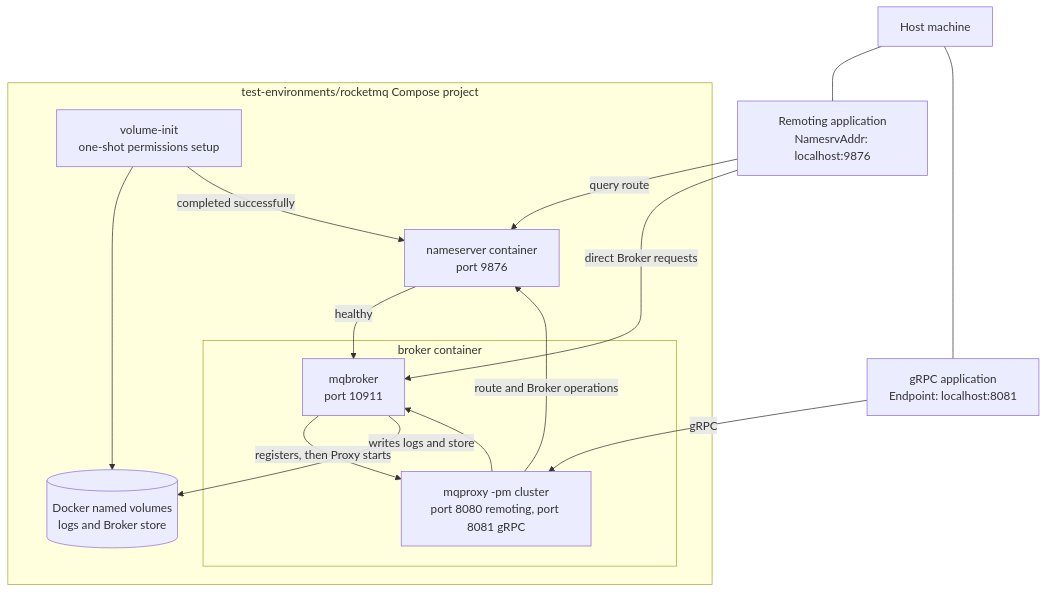
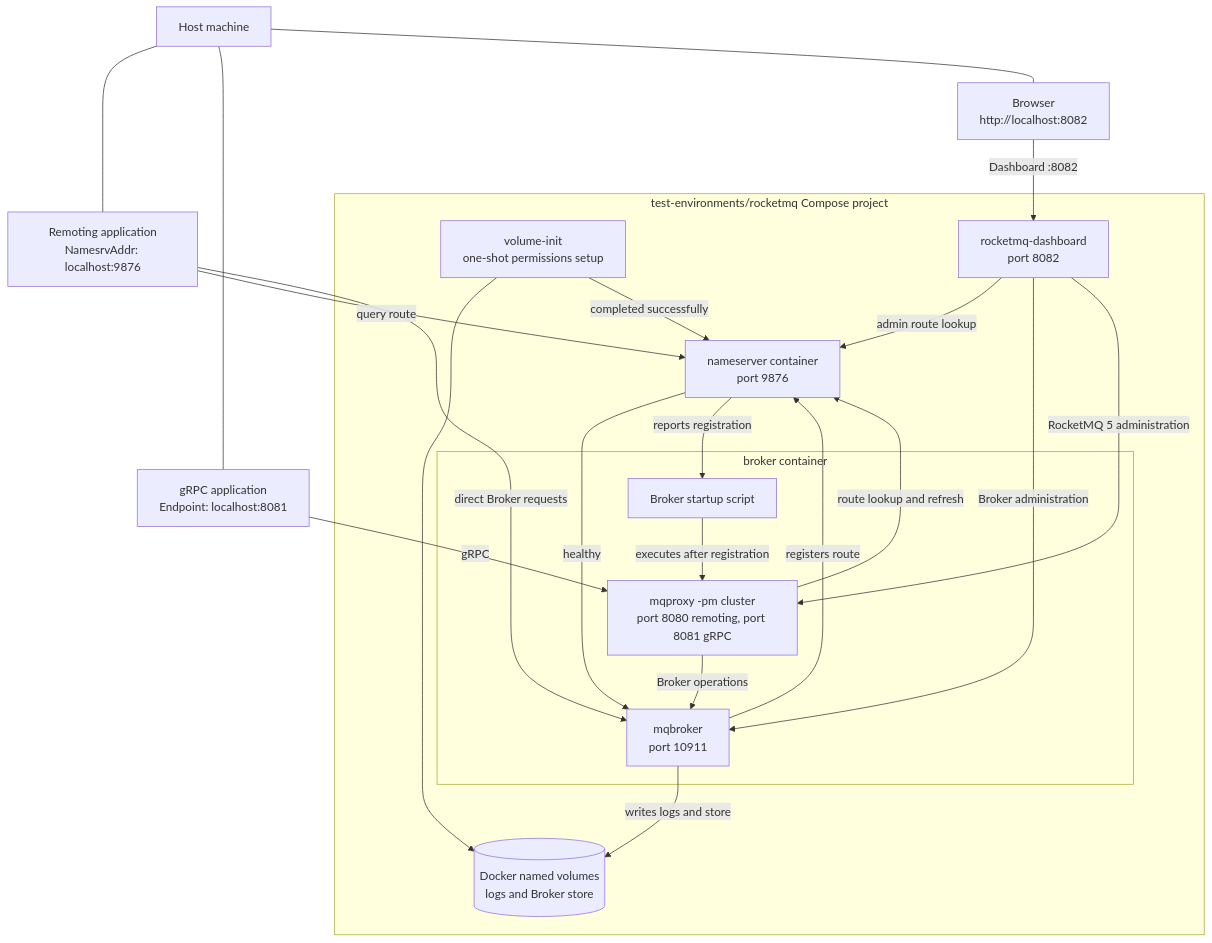
Before and after one commit to eventhorizon-cli/EventHorizon.RocketMQ: the sixth of 6 diagrams in docs/en-US/architecture/rocketmq-architecture.md, drawn with Mermaid. The commit also changed other lines of this file and 88 other files, not shown here.

````diff
--- a/docs/en-US/architecture/rocketmq-architecture.md
+++ b/docs/en-US/architecture/rocketmq-architecture.md
@@ -195,32 +202,43 @@
 ```mermaid
 flowchart TB
     Host[Host machine]
     Remoting[Remoting application<br/>NamesrvAddr: localhost:9876]
     Grpc[gRPC application<br/>Endpoint: localhost:8081]
+    DashboardUi[Browser<br/>http://localhost:8082]
 
     subgraph Compose[test-environments/rocketmq Compose project]
         Init[volume-init<br/>one-shot permissions setup]
         NameServer[nameserver container<br/>port 9876]
 
         subgraph BrokerContainer[broker container]
+            Startup[Broker startup script]
             Broker[mqbroker<br/>port 10911]
             Proxy[mqproxy -pm cluster<br/>port 8080 remoting, port 8081 gRPC]
         end
+
+        Dashboard[rocketmq-dashboard<br/>port 8082]
 
         Volumes[(Docker named volumes<br/>logs and Broker store)]
     end
 
     Host --- Remoting
     Host --- Grpc
+    Host --- DashboardUi
     Init --> Volumes
     Init -->|completed successfully| NameServer
     NameServer -->|healthy| Broker
-    Broker -->|registers, then Proxy starts| Proxy
+    Broker -->|registers route| NameServer
+    NameServer -->|reports registration| Startup
+    Startup -->|executes after registration| Proxy
     Broker -->|writes logs and store| Volumes
 
     Remoting -->|query route| NameServer
     Remoting -->|direct Broker requests| Broker
     Grpc -->|gRPC| Proxy
-    Proxy -->|route and Broker operations| NameServer
-    Proxy --> Broker
+    DashboardUi -->|Dashboard :8082| Dashboard
+    Dashboard -->|admin route lookup| NameServer
+    Dashboard -->|Broker administration| Broker
+    Dashboard -->|RocketMQ 5 administration| Proxy
+    Proxy -->|route lookup and refresh| NameServer
+    Proxy -->|Broker operations| Broker
 ```
````
